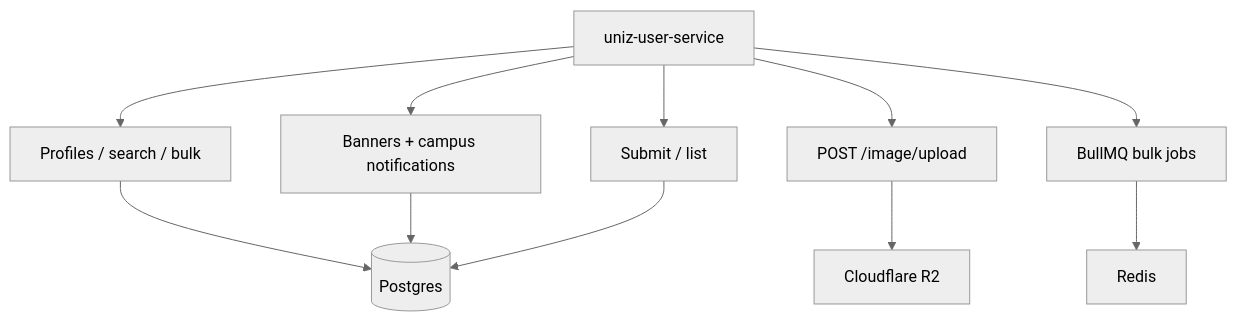
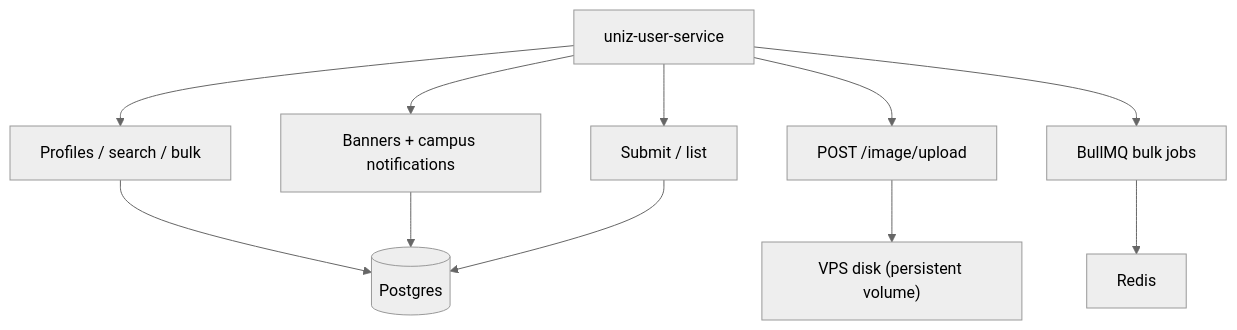
The diagram in apps/uniz-docs/services/user.md (uniz-rguktong/uniz-master), drawn with Mermaid (neutral theme) before and after one commit. The commit also changed other lines of this file and 25 other files, not shown here.

````diff
--- a/apps/uniz-docs/services/user.md
+++ b/apps/uniz-docs/services/user.md
@@ -19,14 +19,14 @@
 ```mermaid
 flowchart TB
   User[uniz-user-service]
   User --> Profile[Profiles / search / bulk]
   User --> CMS[Banners + campus notifications]
   User --> Files[POST /image/upload]
   User --> Grievance[Submit / list]
   User --> Queue[BullMQ bulk jobs]
   Profile --> PG[(Postgres)]
   CMS --> PG
   Grievance --> PG
-  Files --> R2["Cloudflare R2"]
+  Files --> Disk["VPS disk (persistent volume)"]
   Queue --> Redis
 ```
````
